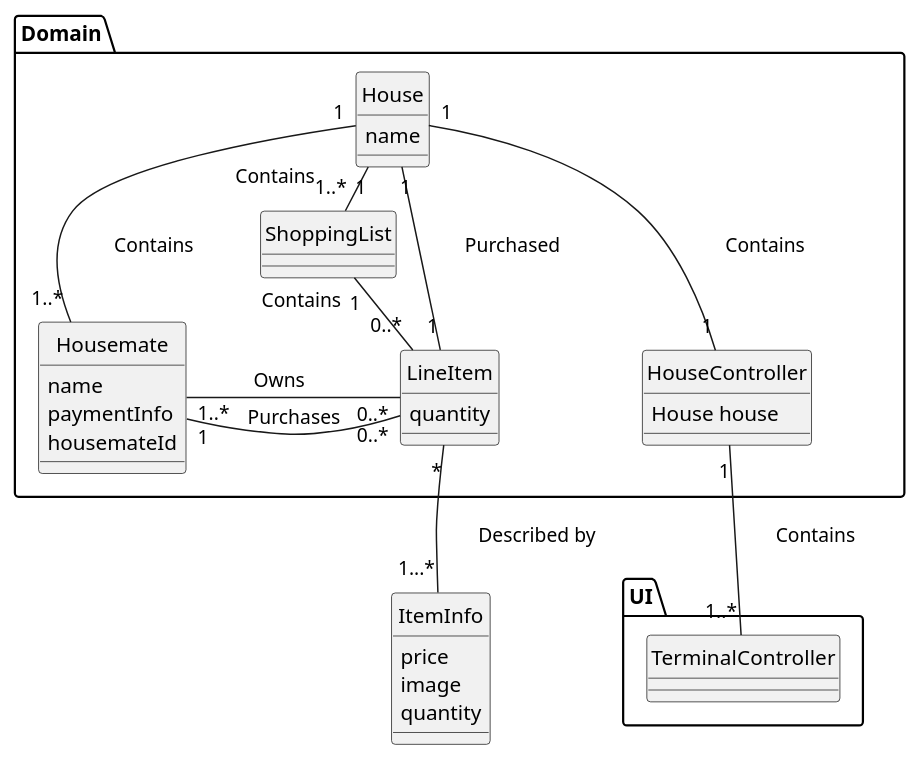
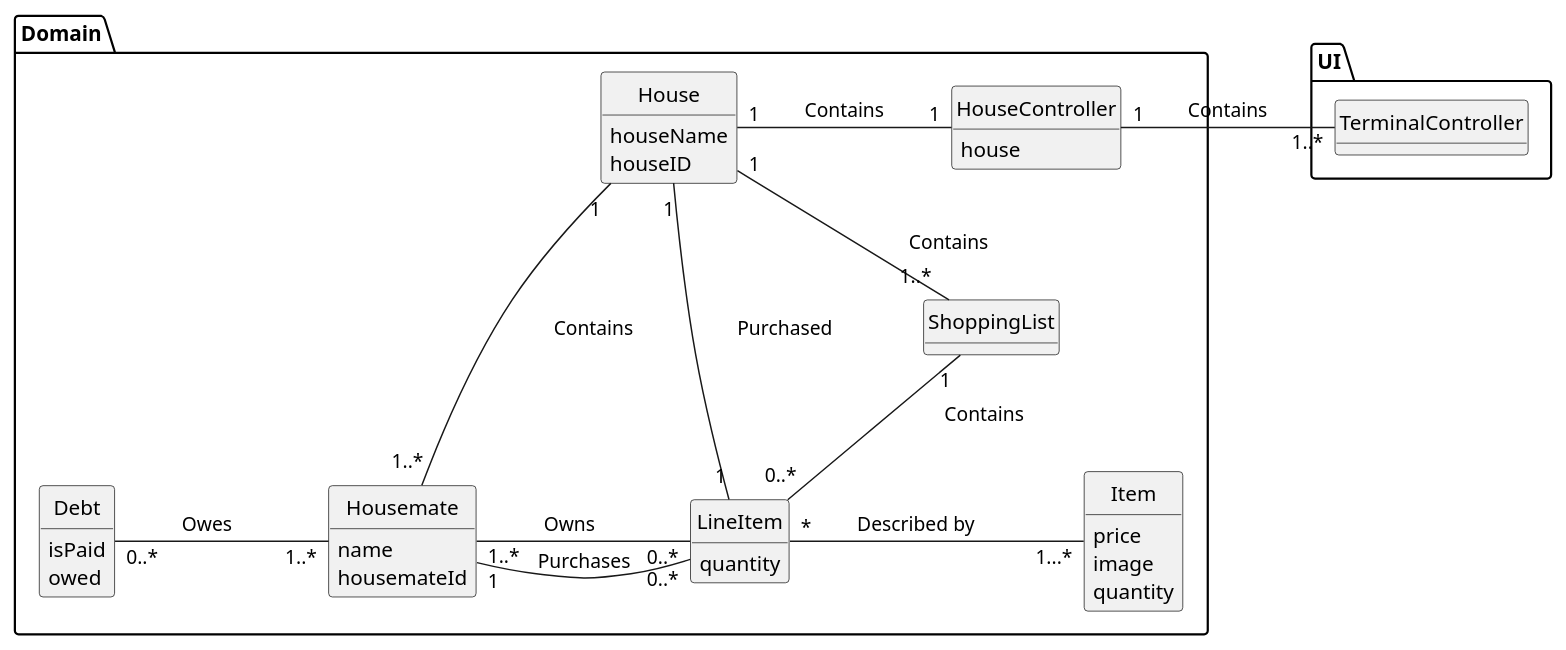
The first of 4 diagrams in doc/design.md (willemnielsen/House-App), drawn with PlantUML before and after one commit. The commit also changed other lines of this file, not shown here.

Commit message:
added Debt, House and HouseController to class diagram

````diff
--- a/doc/design.md
+++ b/doc/design.md
@@ -2,51 +2,57 @@
 ```plantuml
 @startuml
 hide circle
+hide empty methods
 
 class UI.TerminalController{
 
 }
 
 class Domain.HouseController{
-    House house
+    house
 }
 
 class Domain.House{
-    name
+    houseName
+    houseID
 }
 class Domain.ShoppingList{ 
 }
 class Domain.LineItem{
     quantity
 }
 
-class ItemInfo{
+class Domain.Item{
     price
     image
     quantity
 }
 
+class Domain.Debt{
+    isPaid
+    owed
+}
 
 
 class Domain.Housemate{   
     name
-    paymentInfo
     housemateId
 }
 
 ' associations
-Domain.HouseController "1" -- "1..*" UI.TerminalController : \tContains\t\t
-Domain.House "1" -- "1" Domain.HouseController : \tContains\t\t
+Domain.HouseController "1" - "1..*" UI.TerminalController : \tContains\t\t
+Domain.House "1" - "1" Domain.HouseController : \tContains\t\t
 Domain.House "1" -- "1..*" Domain.Housemate : \tContains\t\t
-Domain.House "1" -right- "1..*" Domain.ShoppingList : \tContains\t\t
+Domain.House "1" -- "1..*" Domain.ShoppingList : \tContains\t\t
 Domain.House "1" -- "1" Domain.LineItem : \tPurchased\t\t
 Domain.Housemate "1..*" - "0..*" Domain.LineItem : \tOwns\t\t
-Domain.ShoppingList "1" - "0..*" Domain.LineItem : \tContains\t\t
-Domain.LineItem "*" -- "1...*" ItemInfo : \tDescribed by \t\t
+Domain.ShoppingList "1" -- "0..*" Domain.LineItem : \tContains\t\t
+Domain.LineItem "*" - "1...*" Domain.Item : \tDescribed by \t\t
+Domain.Housemate "1..*" -left- "0..*" Domain.Debt : \tOwes\t\t
 Domain.Housemate "1" - "0..*" Domain.LineItem : Purchases
 @enduml
 
 
 
 
 ```
````
